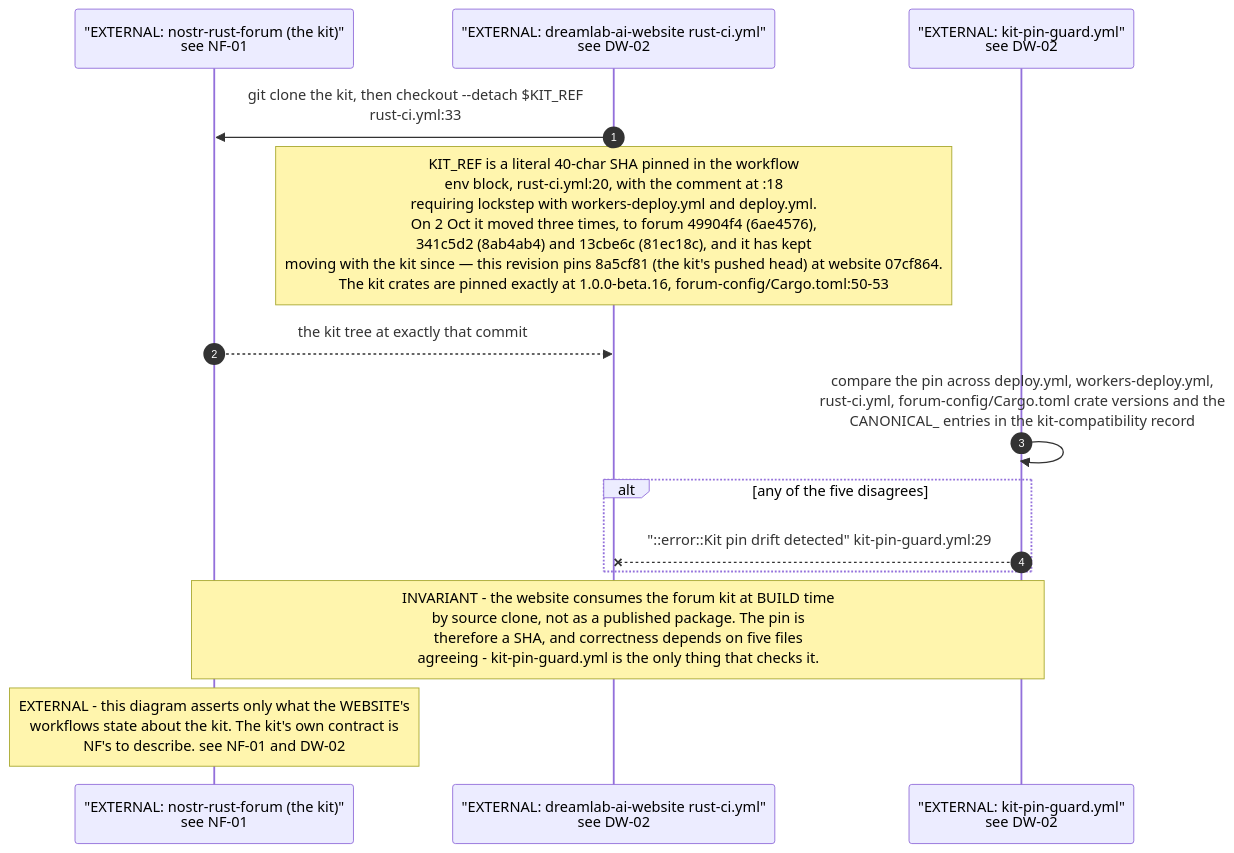
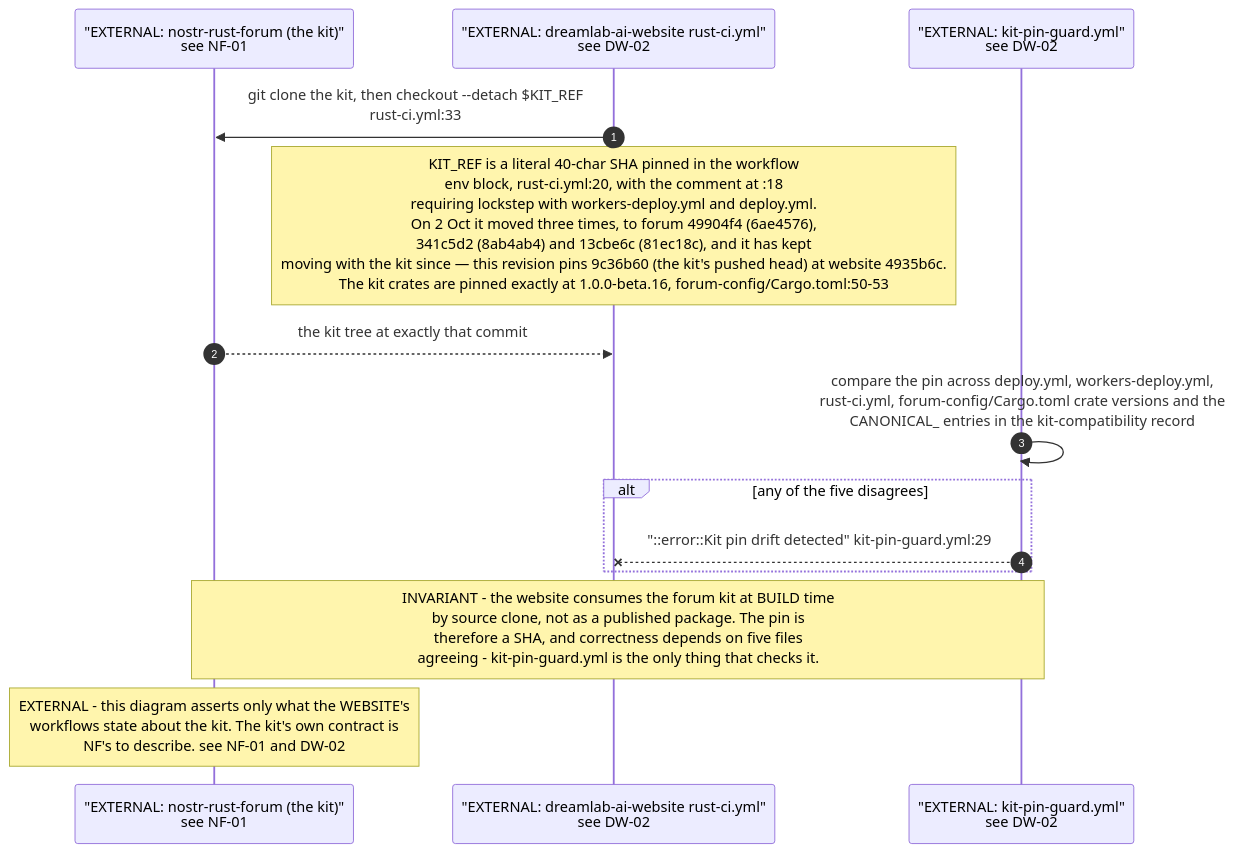
One commit to DreamLab-AI/VisionFlow changed the fourth of 5 diagrams in docs/diagrams/estate/11-publishing-axis.md. Above: the diagram before and after it, drawn with Mermaid. The commit also changed other lines of this file and 142 other files, not shown here.

First line of the commit message:
docs(diagrams): one System One route; re-verify 140 topics at today's heads

````diff
--- a/docs/diagrams/estate/11-publishing-axis.md
+++ b/docs/diagrams/estate/11-publishing-axis.md
@@ -121,17 +121,17 @@
 ```mermaid
 sequenceDiagram
     autonumber
     participant NF as "EXTERNAL: nostr-rust-forum (the kit)"<br/>see NF-01
     participant CI as "EXTERNAL: dreamlab-ai-website rust-ci.yml"<br/>see DW-02
     participant GUARD as "EXTERNAL: kit-pin-guard.yml"<br/>see DW-02
 
     CI->>NF: git clone the kit, then checkout --detach $KIT_REF<br/>rust-ci.yml:33
-    Note over CI: KIT_REF is a literal 40-char SHA pinned in the workflow<br/>env block, rust-ci.yml:20, with the comment at :18<br/>requiring lockstep with workers-deploy.yml and deploy.yml.<br/>On 2 Oct it moved three times, to forum 49904f4 (6ae4576),<br/>341c5d2 (8ab4ab4) and 13cbe6c (81ec18c), and it has kept<br/>moving with the kit since — this revision pins 8a5cf81 (the kit's pushed head) at website 07cf864.<br/>The kit crates are pinned exactly at 1.0.0-beta.16, forum-config/Cargo.toml:50-53
+    Note over CI: KIT_REF is a literal 40-char SHA pinned in the workflow<br/>env block, rust-ci.yml:20, with the comment at :18<br/>requiring lockstep with workers-deploy.yml and deploy.yml.<br/>On 2 Oct it moved three times, to forum 49904f4 (6ae4576),<br/>341c5d2 (8ab4ab4) and 13cbe6c (81ec18c), and it has kept<br/>moving with the kit since — this revision pins 9c36b60 (the kit's pushed head) at website 4935b6c.<br/>The kit crates are pinned exactly at 1.0.0-beta.16, forum-config/Cargo.toml:50-53
     NF-->>CI: the kit tree at exactly that commit
     GUARD->>GUARD: compare the pin across deploy.yml, workers-deploy.yml,<br/>rust-ci.yml, forum-config/Cargo.toml crate versions and the<br/>CANONICAL_ entries in the kit-compatibility record
     alt any of the five disagrees
         GUARD--xCI: "::error::Kit pin drift detected" kit-pin-guard.yml:29
     end
     Note over NF,GUARD: INVARIANT - the website consumes the forum kit at BUILD time<br/>by source clone, not as a published package. The pin is<br/>therefore a SHA, and correctness depends on five files<br/>agreeing - kit-pin-guard.yml is the only thing that checks it.
     Note over NF: EXTERNAL - this diagram asserts only what the WEBSITE's<br/>workflows state about the kit. The kit's own contract is<br/>NF's to describe. see NF-01 and DW-02
 ```
````
